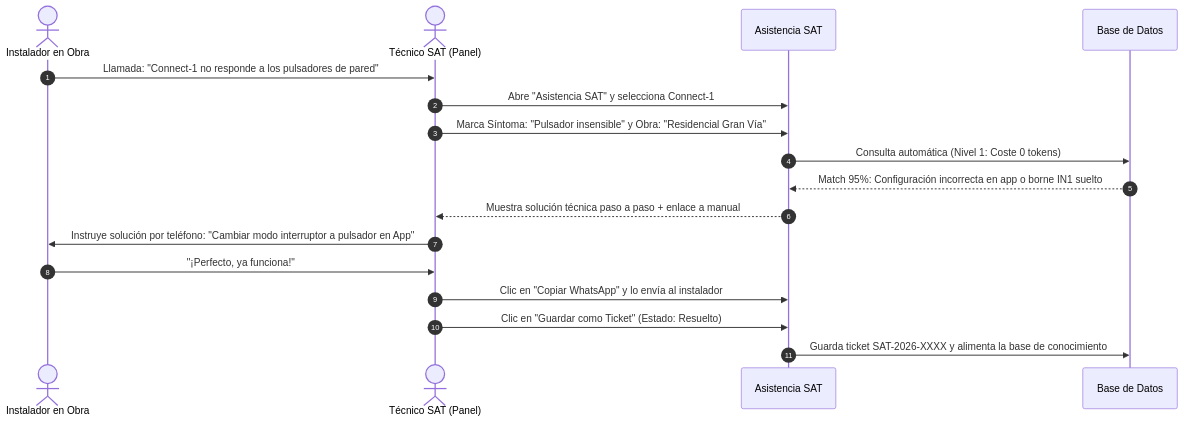
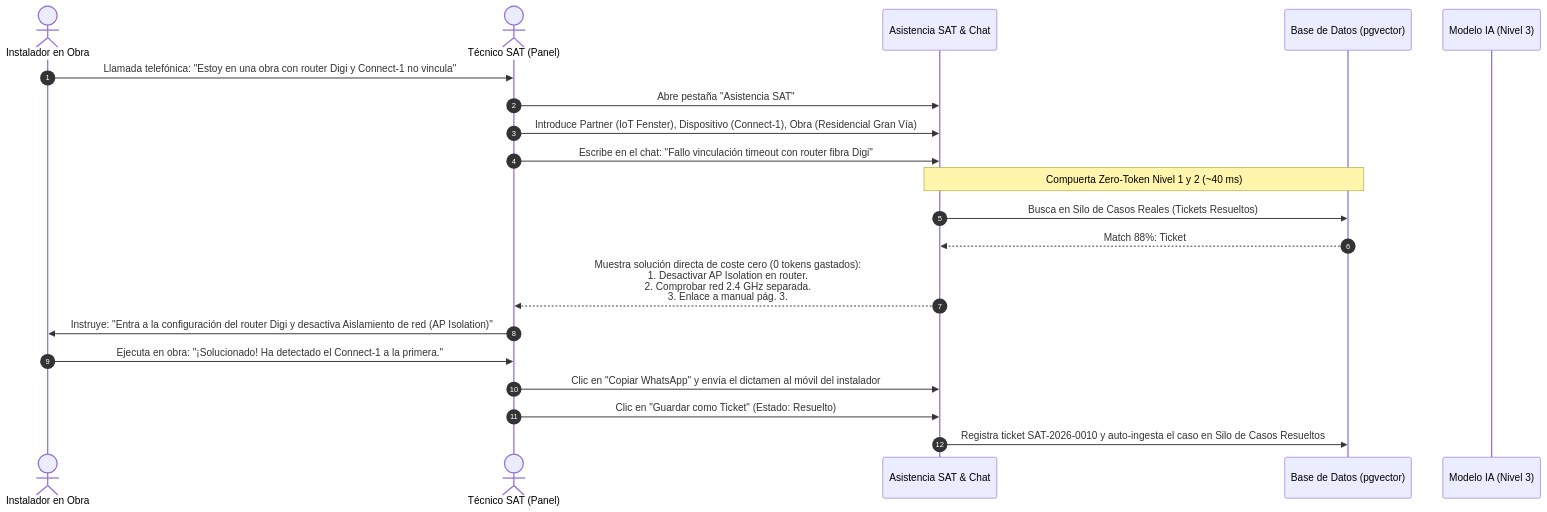
One commit to davidiotfenster-dev/buscador-manuales changed the second of 2 diagrams in notas.md. Above: the diagram before and after it, drawn with Mermaid. The commit also changed other lines of this file and 1 other file, not shown here.

Commit message:
docs: completar notas y dossier con los 4 bloques ampliados Zero-Token First, ejemplos SAT y Cloud

````diff
--- a/notas.md
+++ b/notas.md
@@ -152,20 +183,27 @@
 ```mermaid
 sequenceDiagram
     autonumber
     actor Inst as Instalador en Obra
     actor Tec as Técnico SAT (Panel)
-    participant Panel as Asistencia SAT
-    participant DB as Base de Datos
+    participant Panel as Asistencia SAT & Chat
+    participant DB as Base de Datos (pgvector)
+    participant LLM as Modelo IA (Nivel 3)
 
-    Inst->>Tec: Llamada: "Connect-1 no responde a los pulsadores de pared"
-    Tec->>Panel: Abre "Asistencia SAT" y selecciona Connect-1
-    Tec->>Panel: Marca Síntoma: "Pulsador insensible" y Obra: "Residencial Gran Vía"
-    Panel->>DB: Consulta automática (Nivel 1: Coste 0 tokens)
-    DB-->>Panel: Match 95%: Configuración incorrecta en app o borne IN1 suelto
-    Panel-->>Tec: Muestra solución técnica paso a paso + enlace a manual
-    Tec->>Inst: Instruye solución por teléfono: "Cambiar modo interruptor a pulsador en App"
-    Inst->>Tec: "¡Perfecto, ya funciona!"
-    Tec->>Panel: Clic en "Copiar WhatsApp" y lo envía al instalador
+    Inst->>Tec: Llamada telefónica: "Estoy en una obra con router Digi y Connect-1 no vincula"
+    Tec->>Panel: Abre pestaña "Asistencia SAT"
+    Tec->>Panel: Introduce Partner (IoT Fenster), Dispositivo (Connect-1), Obra (Residencial Gran Vía)
+    Tec->>Panel: Escribe en el chat: "Fallo vinculación timeout con router fibra Digi"
+    
+    Note over Panel,DB: Compuerta Zero-Token Nivel 1 y 2 (~40 ms)
+    Panel->>DB: Busca en Silo de Casos Reales (Tickets Resueltos)
+    DB-->>Panel: Match 88%: Ticket #SAT-2026-0008 (CG-NAT y AP Isolation en Digi)
+    
+    Panel-->>Tec: Muestra solución directa de coste cero (0 tokens gastados):<br>1. Desactivar AP Isolation en router.<br>2. Comprobar red 2.4 GHz separada.<br>3. Enlace a manual pág. 3.
+    
+    Tec->>Inst: Instruye: "Entra a la configuración del router Digi y desactiva Aislamiento de red (AP Isolation)"
+    Inst->>Tec: Ejecuta en obra: "¡Solucionado! Ha detectado el Connect-1 a la primera."
+    
+    Tec->>Panel: Clic en "Copiar WhatsApp" y envía el dictamen al móvil del instalador
     Tec->>Panel: Clic en "Guardar como Ticket" (Estado: Resuelto)
-    Panel->>DB: Guarda ticket SAT-2026-XXXX y alimenta la base de conocimiento
+    Panel->>DB: Registra ticket SAT-2026-0010 y auto-ingesta el caso en Silo de Casos Resueltos
 ```
````
